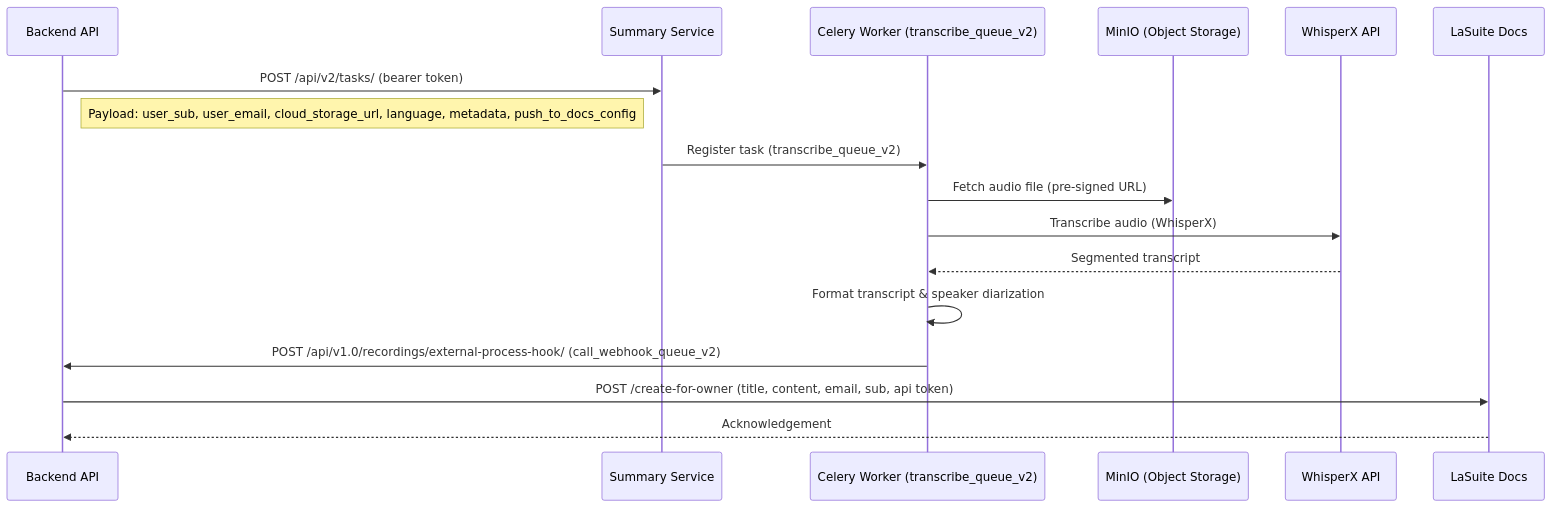
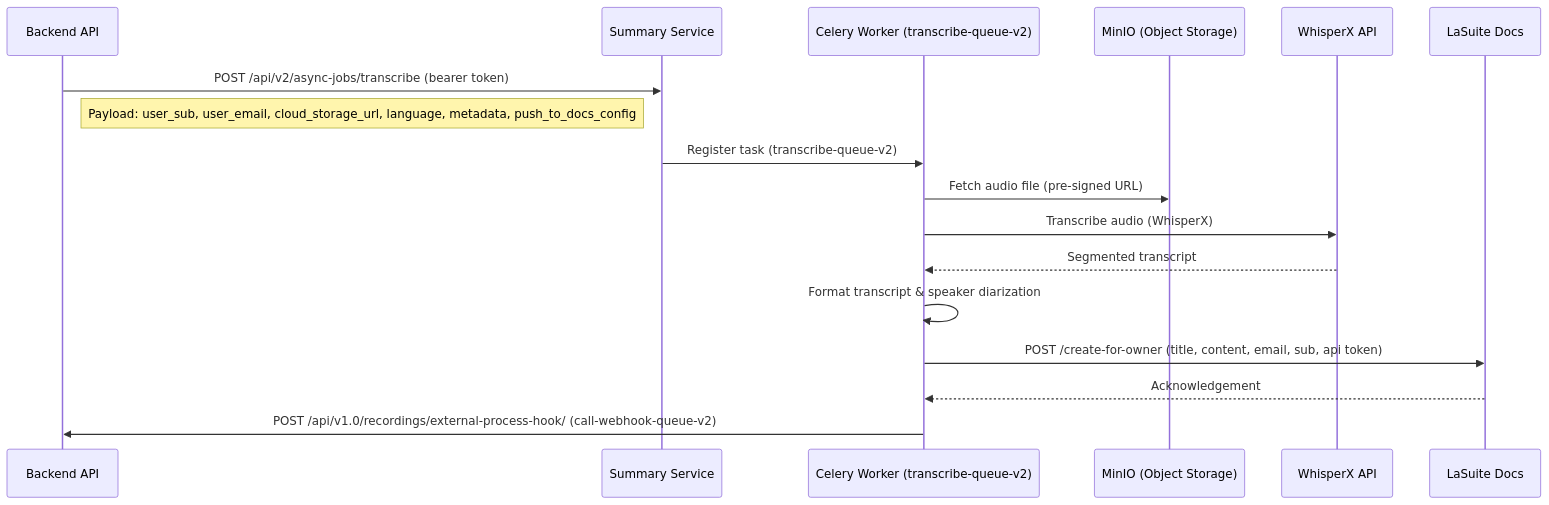
Before and after one commit to suitenumerique/meet: the diagram in docs/self-hosting/configuration/transcription.md, drawn with Mermaid. The commit also changed other lines of this file and 63 other files, not shown here.

````diff
--- a/docs/self-hosting/configuration/transcription.md
+++ b/docs/self-hosting/configuration/transcription.md
@@ -30,21 +30,21 @@
 ```mermaid
 sequenceDiagram
   participant Backend as Backend API
   participant Summary as Summary Service
-  participant Celery as Celery Worker (transcribe_queue_v2)
+  participant Celery as Celery Worker (transcribe-queue-v2)
   participant MinIO as MinIO (Object Storage)
   participant STT as WhisperX API
   participant Docs as LaSuite Docs
 
-  Backend->>Summary: POST /api/v2/tasks/ (bearer token)
+  Backend->>Summary: POST /api/v2/async-jobs/transcribe (bearer token)
   Note right of Backend: Payload: user_sub, user_email, cloud_storage_url, language, metadata, push_to_docs_config
 
-  Summary->>Celery: Register task (transcribe_queue_v2)
+  Summary->>Celery: Register task (transcribe-queue-v2)
   Celery->>MinIO: Fetch audio file (pre-signed URL)
   Celery->>STT: Transcribe audio (WhisperX)
   STT-->>Celery: Segmented transcript
   Celery->>Celery: Format transcript & speaker diarization
-  Celery->>Backend: POST /api/v1.0/recordings/external-process-hook/ (call_webhook_queue_v2)
-  Backend->>Docs: POST /create-for-owner (title, content, email, sub, api token)
-  Docs-->>Backend: Acknowledgement
+  Celery->>Docs: POST /create-for-owner (title, content, email, sub, api token)
+  Docs-->>Celery: Acknowledgement
+  Celery->>Backend: POST /api/v1.0/recordings/external-process-hook/ (call-webhook-queue-v2)
 ```
````
